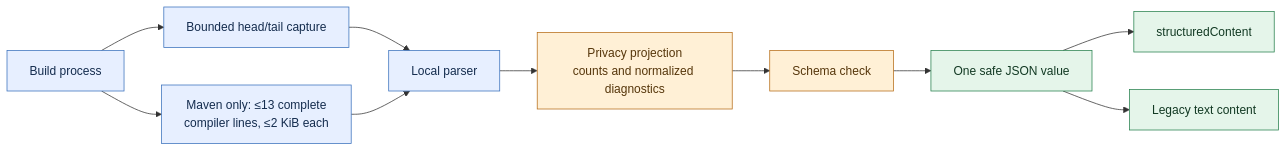
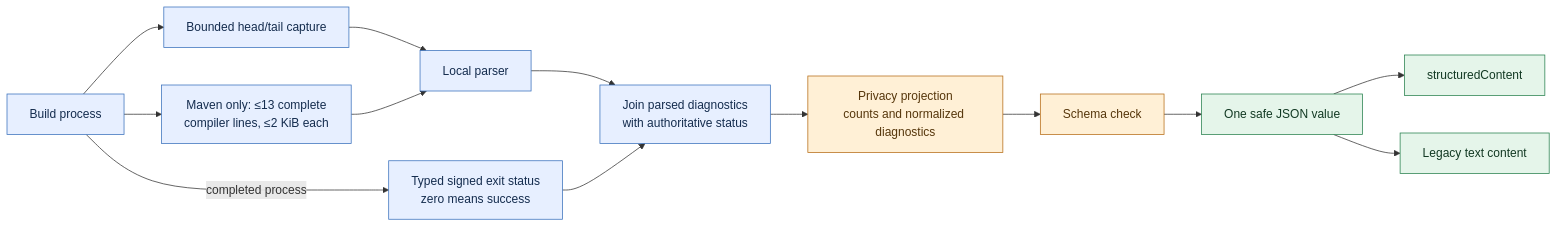
Before and after one commit to thepragmatik/mcp-server-jvm-build-tools: the diagram in docs/reference/structured-build-results.md, drawn with Mermaid. The commit also changed other lines of this file and 25 other files, not shown here.

First line of the commit message:
Use subprocess exit status for guarded build execution (#248)

````diff
--- a/docs/reference/structured-build-results.md
+++ b/docs/reference/structured-build-results.md
@@ -35,18 +35,21 @@
 ```mermaid
 flowchart LR
     A[Build process] --> H[Bounded head/tail capture]
     A --> M["Maven only: ≤13 complete<br/>compiler lines, ≤2 KiB each"]
     H --> B[Local parser]
     M --> B
-    B --> C[Privacy projection<br/>counts and normalized diagnostics]
+    A -->|completed process| S["Typed signed exit status<br/>zero means success"]
+    B --> J["Join parsed diagnostics<br/>with authoritative status"]
+    S --> J
+    J --> C[Privacy projection<br/>counts and normalized diagnostics]
     C --> D[Schema check]
     D --> E[One safe JSON value]
     E --> F[structuredContent]
     E --> G[Legacy text content]
     classDef local fill:#e7efff,stroke:#3970bc,color:#142c4e
     classDef boundary fill:#fff0d6,stroke:#b66c16,color:#56360b
     classDef result fill:#e5f5ea,stroke:#27804e,color:#123923
-    class A,H,M,B local
+    class A,H,M,B,S,J local
     class C,D boundary
     class E,F,G result
 ```
````
